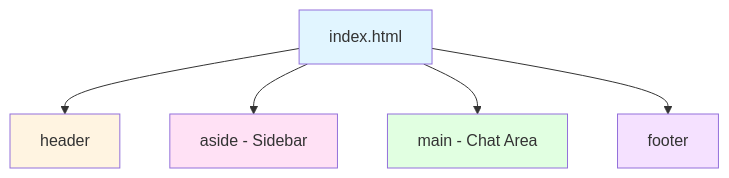
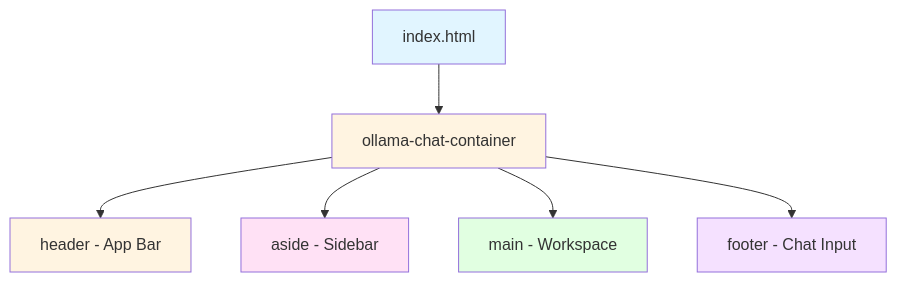
The first of 10 diagrams in docs/development.md (Gr8Gatsby/ollama-chat), drawn with Mermaid before and after one commit. The commit also changed other lines of this file and 12 other files, not shown here.

````diff
--- a/docs/development.md
+++ b/docs/development.md
@@ -93,13 +93,15 @@
 ```mermaid
 graph TD
-    A[index.html] --> B[header]
-    A --> C[aside - Sidebar]
-    A --> D[main - Chat Area]
-    A --> E[footer]
+    A[index.html] --> B[ollama-chat-container]
+    B --> B1[header - App Bar]
+    B --> B2[aside - Sidebar]
+    B --> B3[main - Workspace]
+    B --> B4[footer - Chat Input]
     
     style A fill:#e1f5ff
     style B fill:#fff4e1
-    style C fill:#ffe1f5
-    style D fill:#e1ffe1
-    style E fill:#f5e1ff
+    style B1 fill:#fff4e1
+    style B2 fill:#ffe1f5
+    style B3 fill:#e1ffe1
+    style B4 fill:#f5e1ff
 ```
````
